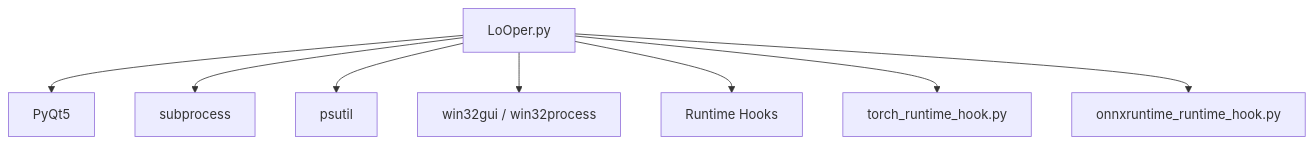
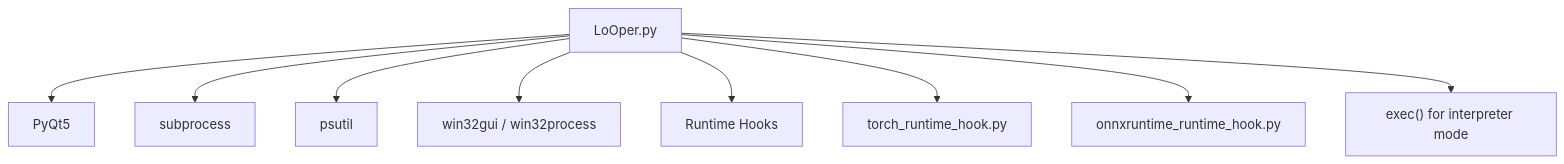
The fourth of 4 diagrams in .qoder/repowiki/en/content/Core Components/Application Launcher.md (RodrigoBenitez343/Arrow), drawn with Mermaid before and after one commit. The commit also changed other lines of this file and 53 other files, not shown here.

````diff
--- a/.qoder/repowiki/en/content/Core Components/Application Launcher.md
+++ b/.qoder/repowiki/en/content/Core Components/Application Launcher.md
@@ -321,10 +374,11 @@
 ```mermaid
 graph TB
 LooperPy["LoOper.py"] --> PyQt5["PyQt5"]
 LooperPy --> Subproc["subprocess"]
 LooperPy --> Psutil["psutil"]
 LooperPy --> Win32["win32gui / win32process"]
 LooperPy --> Hooks["Runtime Hooks"]
 LooperPy --> TorchHook["torch_runtime_hook.py"]
 LooperPy --> ORTC["onnxruntime_runtime_hook.py"]
+LooperPy --> Exec["exec() for interpreter mode"]
 ```
````
